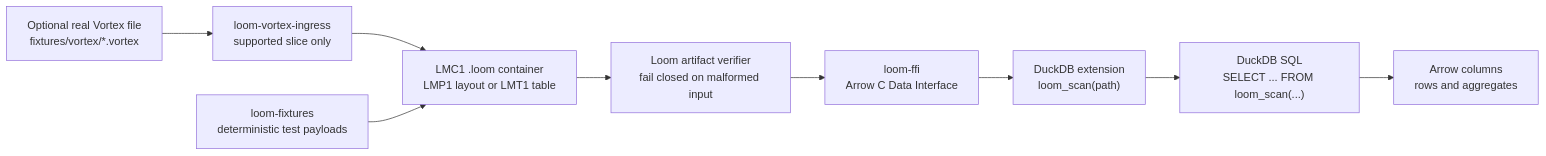
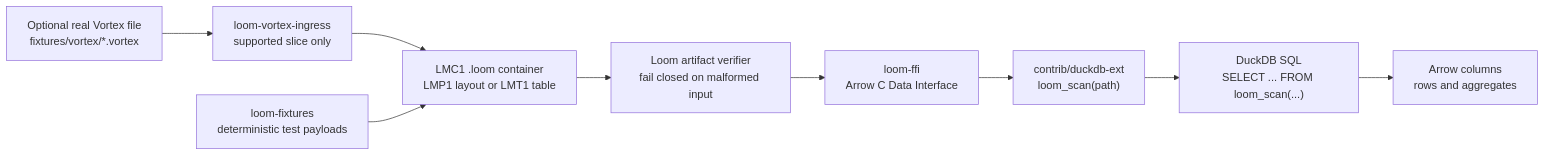
Before and after one commit to xunfeng1980/loom: the first of 2 diagrams in README.md, drawn with Mermaid. The commit also changed other lines of this file and 74 other files, not shown here.

````diff
--- a/README.md
+++ b/README.md
@@ -41,16 +41,16 @@
 ```mermaid
 flowchart LR
     vortex["Optional real Vortex file<br/>fixtures/vortex/*.vortex"]
     ingress["loom-vortex-ingress<br/>supported slice only"]
     fixture["loom-fixtures<br/>deterministic test payloads"]
     container["LMC1 .loom container<br/>LMP1 layout or LMT1 table"]
     verifier["Loom artifact verifier<br/>fail closed on malformed input"]
     ffi["loom-ffi<br/>Arrow C Data Interface"]
-    duckext["DuckDB extension<br/>loom_scan(path)"]
+    duckext["contrib/duckdb-ext<br/>loom_scan(path)"]
     sql["DuckDB SQL<br/>SELECT ... FROM loom_scan(...)"]
     result["Arrow columns<br/>rows and aggregates"]
 
     vortex --> ingress --> container
     fixture --> container
     container --> verifier --> ffi --> duckext --> sql --> result
 ```
````
